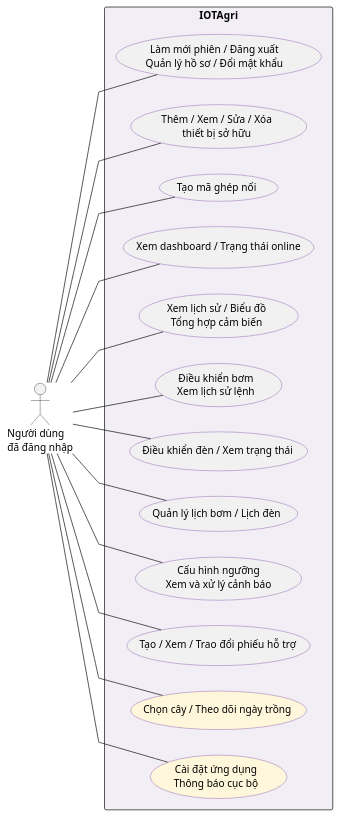
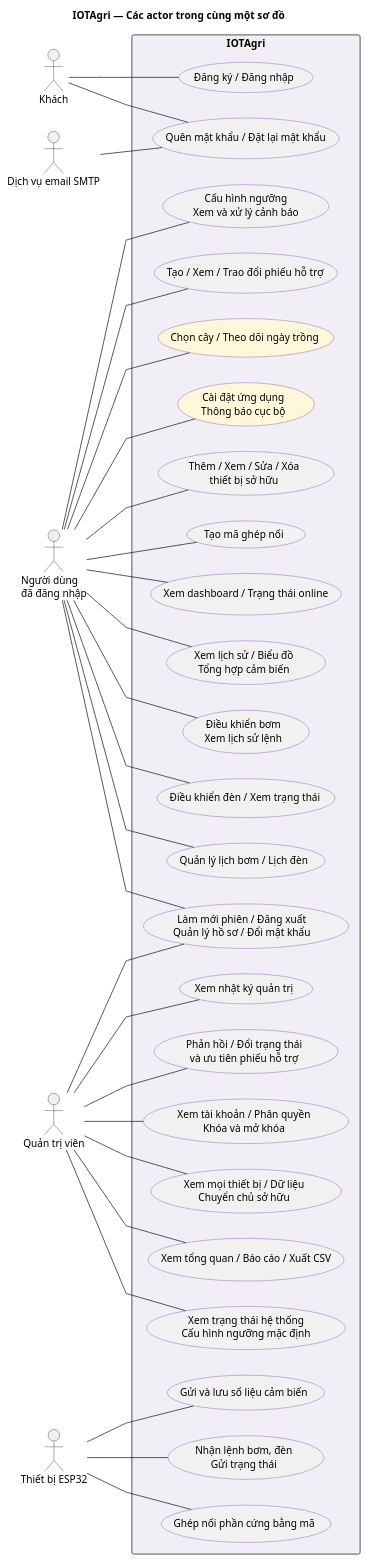
Before and after one commit to huuanh1411/IOTAgri: the diagram in docs/diagrams/use-case.puml, drawn with PlantUML. The commit also changed other lines of this file and 17 other files, not shown here.

```diff
--- a/docs/diagrams/use-case.puml
+++ b/docs/diagrams/use-case.puml
@@ -19,37 +1,66 @@
-@startuml use-case-user
+@startuml use-case
 left to right direction
 skinparam actorStyle stickman
 skinparam shadowing false
 skinparam linetype polyline
 skinparam usecaseBorderColor #7138A0
 skinparam rectangleBackgroundColor #F1EEF5
-' Actor ở ngoài khung hệ thống; các use case bố trí so le bên trong.
-' SVG do render-use-cases.py xuất giữ bố cục theo hình mẫu UML.
+title IOTAgri — Các actor trong cùng một sơ đồ
+actor "Khách" as Guest
 actor "Người dùng\nđã đăng nhập" as User
+actor "Quản trị viên" as Admin
+actor "Thiết bị ESP32" as ESP
+actor "Dịch vụ email SMTP" as SMTP
+
 rectangle "IOTAgri" {
+  usecase "Đăng ký / Đăng nhập" as GuestUC1
+  usecase "Quên mật khẩu / Đặt lại mật khẩu" as GuestUC2
   usecase "Làm mới phiên / Đăng xuất\nQuản lý hồ sơ / Đổi mật khẩu" as UserUC1
   usecase "Thêm / Xem / Sửa / Xóa\nthiết bị sở hữu" as UserUC2
   usecase "Tạo mã ghép nối" as UserUC3
   usecase "Xem dashboard / Trạng thái online" as UserUC4
   usecase "Xem lịch sử / Biểu đồ\nTổng hợp cảm biến" as UserUC5
   usecase "Điều khiển bơm\nXem lịch sử lệnh" as UserUC6
   usecase "Điều khiển đèn / Xem trạng thái" as UserUC7
   usecase "Quản lý lịch bơm / Lịch đèn" as UserUC8
   usecase "Cấu hình ngưỡng\nXem và xử lý cảnh báo" as UserUC9
   usecase "Tạo / Xem / Trao đổi phiếu hỗ trợ" as UserUC10
   usecase "Chọn cây / Theo dõi ngày trồng" as UserUC11 #FFF7DB
   usecase "Cài đặt ứng dụng\nThông báo cục bộ" as UserUC12 #FFF7DB
+  usecase "Xem tài khoản / Phân quyền\nKhóa và mở khóa" as AdminUC2
+  usecase "Xem mọi thiết bị / Dữ liệu\nChuyển chủ sở hữu" as AdminUC3
+  usecase "Xem tổng quan / Báo cáo / Xuất CSV" as AdminUC4
+  usecase "Xem trạng thái hệ thống\nCấu hình ngưỡng mặc định" as AdminUC5
+  usecase "Xem nhật ký quản trị" as AdminUC6
+  usecase "Phản hồi / Đổi trạng thái\nvà ưu tiên phiếu hỗ trợ" as AdminUC7
+  usecase "Ghép nối phần cứng bằng mã" as ESPUC1
+  usecase "Gửi và lưu số liệu cảm biến" as ESPUC2
+  usecase "Nhận lệnh bơm, đèn\nGửi trạng thái" as ESPUC3
 }
+
+Guest -- GuestUC1
+Guest -- GuestUC2
 User -- UserUC1
 User -- UserUC2
 User -- UserUC3
 User -- UserUC4
 User -- UserUC5
 User -- UserUC6
 User -- UserUC7
 User -- UserUC8
 User -- UserUC9
 User -- UserUC10
 User -- UserUC11
 User -- UserUC12
+Admin -- UserUC1
+Admin -- AdminUC2
+Admin -- AdminUC3
+Admin -- AdminUC4
+Admin -- AdminUC5
+Admin -- AdminUC6
+Admin -- AdminUC7
+ESP -- ESPUC1
+ESP -- ESPUC2
+ESP -- ESPUC3
+SMTP -- GuestUC2
 @enduml
```
